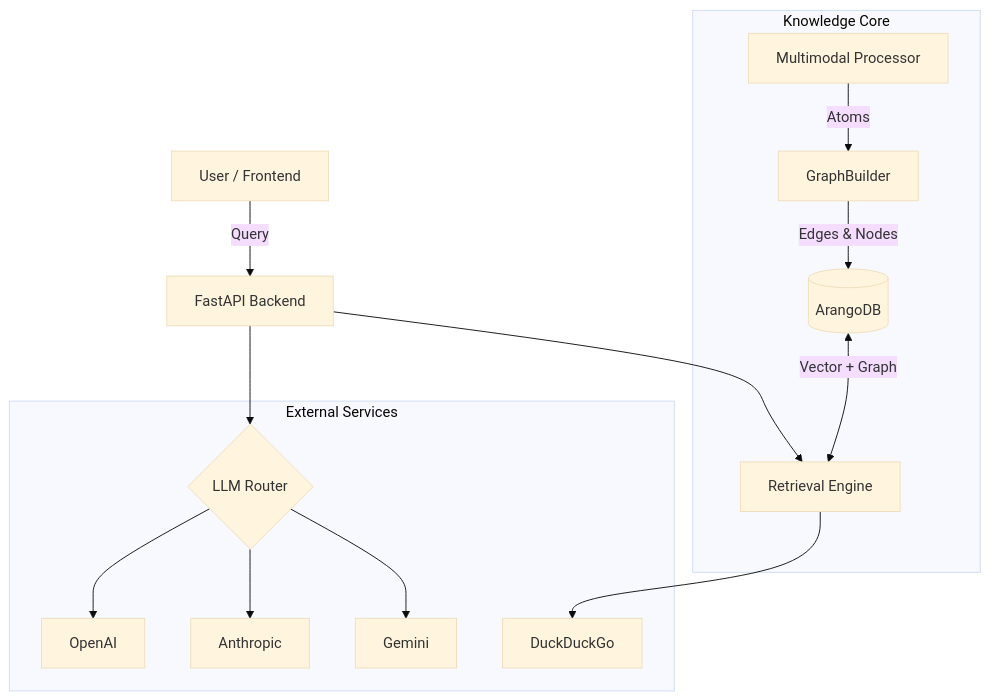
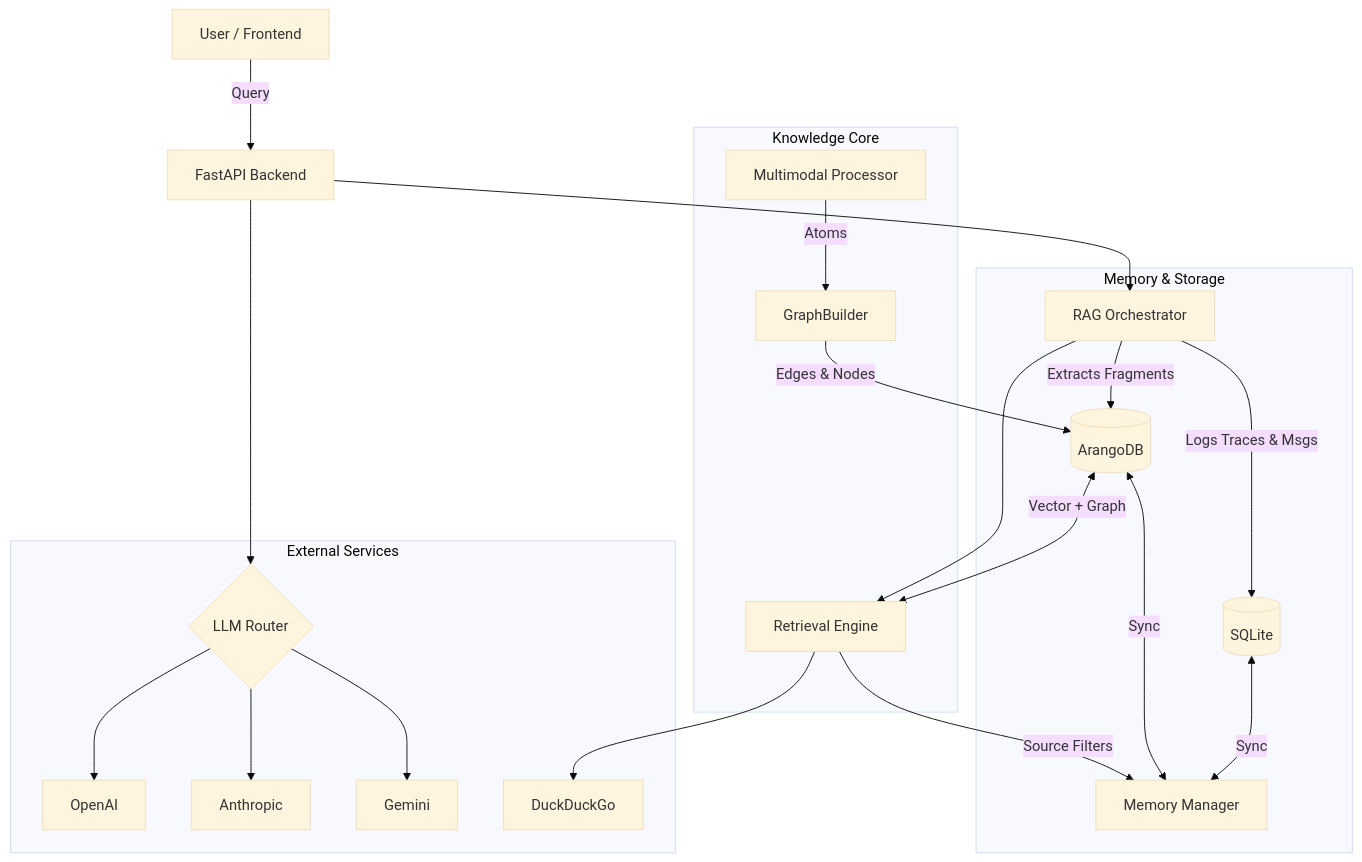
The diagram in README.md (OmShah74/Albot-Multimodal-Specialized-Chatbot), drawn with Mermaid (base theme) before and after one commit. The commit also changed other lines of this file and 2 other files, not shown here.

````diff
--- a/README.md
+++ b/README.md
@@ -64,19 +72,29 @@
 ```mermaid
 graph TD
     User[User / Frontend] -->|Query| API[FastAPI Backend]
     API --> Router{LLM Router}
-    API --> Retriever[Retrieval Engine]
+    API --> Orchestrator[RAG Orchestrator]
+
+    subgraph "Memory & Storage"
+        Orchestrator -->|Logs Traces & Msgs| SQLite[(SQLite)]
+        Orchestrator -->|Extracts Fragments| ArangoDB[(ArangoDB)]
+        SQLite <-->|Sync| MemoryManager[Memory Manager]
+        ArangoDB <-->|Sync| MemoryManager
+    end
 
     subgraph "Knowledge Core"
         Ingestion[Multimodal Processor] -->|Atoms| GraphBuilder
-        GraphBuilder -->|Edges & Nodes| DB[(ArangoDB)]
-        DB <-->|Vector + Graph| Retriever
+        GraphBuilder -->|Edges & Nodes| ArangoDB
+        ArangoDB <-->|Vector + Graph| Retriever[Retrieval Engine]
+        Retriever -->|Source Filters| MemoryManager
     end
+
+    Orchestrator --> Retriever
 
     subgraph "External Services"
         Router --> OpenAI
         Router --> Anthropic
         Router --> Gemini
         Retriever --> WebSearch[DuckDuckGo]
     end
 ```
````
